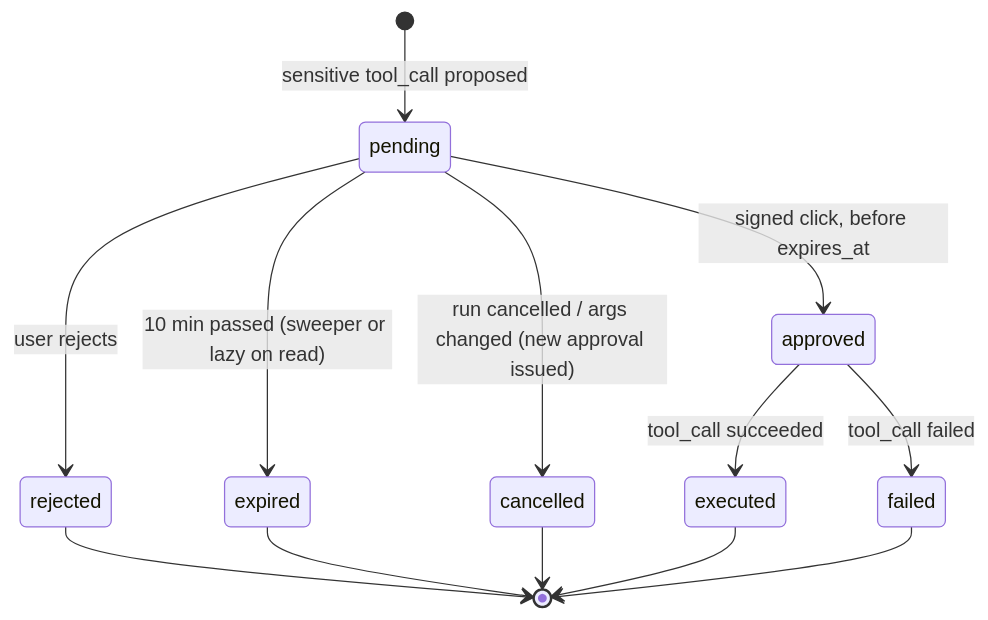
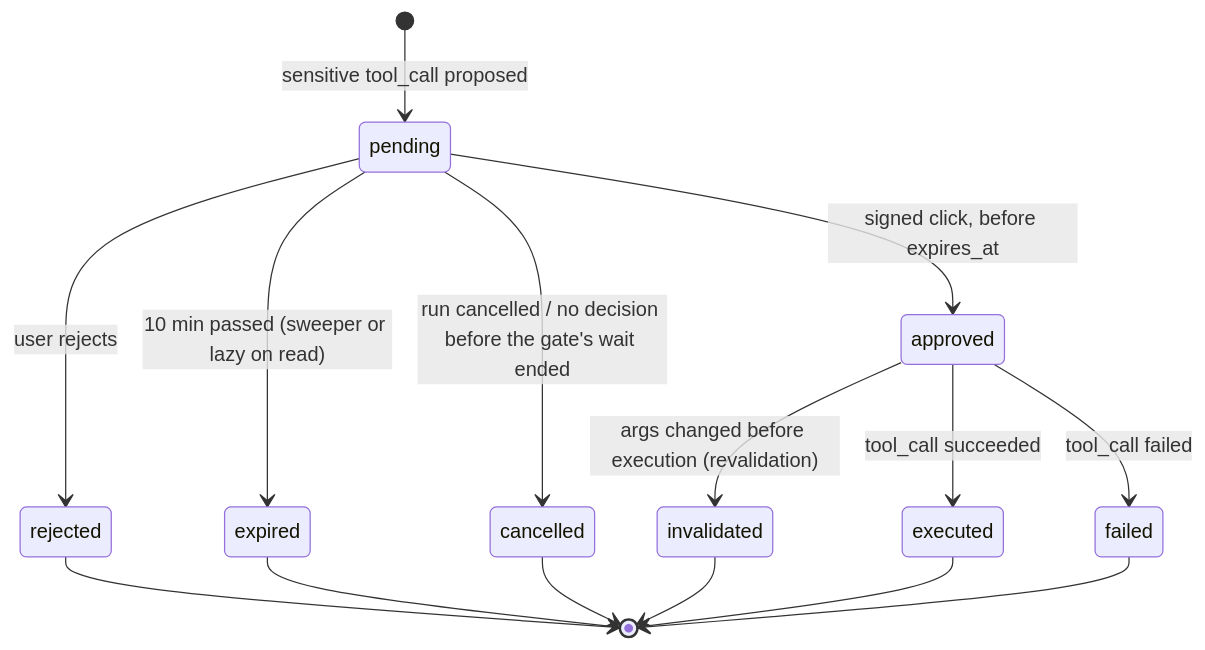
One commit to amircodington/deployar changed the eighth of 12 diagrams in docs/DATA-MODEL.md. Above: the diagram before and after it, drawn with Mermaid. The commit also changed 15 other files, not shown here.

First line of the commit message:
B-04: approval gate

````diff
--- a/docs/DATA-MODEL.md
+++ b/docs/DATA-MODEL.md
@@ -1047,15 +1047,17 @@
 ```mermaid
 stateDiagram-v2
   [*] --> pending: sensitive tool_call proposed
   pending --> approved: signed click, before expires_at
   pending --> rejected: user rejects
   pending --> expired: 10 min passed (sweeper or lazy on read)
-  pending --> cancelled: run cancelled / args changed (new approval issued)
+  pending --> cancelled: run cancelled / no decision before the gate's wait ended
+  approved --> invalidated: args changed before execution (revalidation)
   approved --> executed: tool_call succeeded
   approved --> failed: tool_call failed
   rejected --> [*]
   expired --> [*]
   cancelled --> [*]
+  invalidated --> [*]
   executed --> [*]
   failed --> [*]
 ```
````
